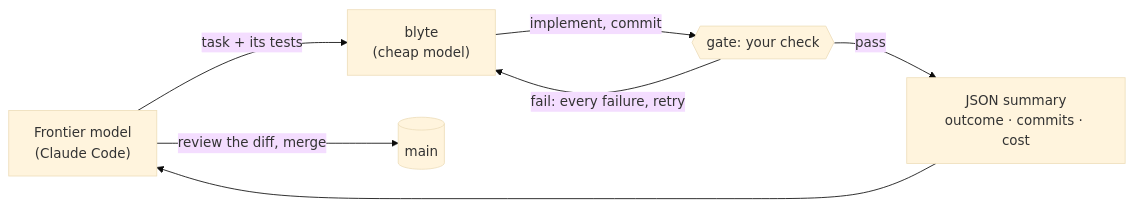
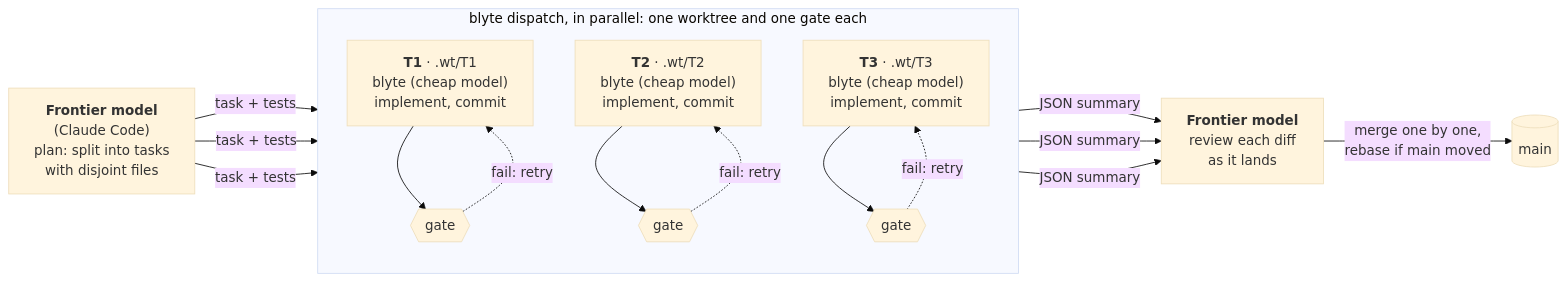
The diagram in README.md (dnf0/blyte), drawn with Mermaid (base theme) before and after one commit. The commit also changed 2 other files, not shown here.

Commit message:
docs: diagrams show parallel dispatch: one plan, parallel worktrees and gates, ordered merge

````diff
--- a/README.md
+++ b/README.md
@@ -20,9 +20,20 @@
 ```mermaid
 flowchart LR
-    F["Frontier model<br/>(Claude Code)"] -- "task + its tests" --> B["blyte<br/>(cheap model)"]
-    B -- "implement, commit" --> G{{"gate: your check"}}
-    G -- "fail: every failure, retry" --> B
-    G -- pass --> R["JSON summary<br/>outcome · commits · cost"]
-    R --> F
-    F -- "review the diff, merge" --> M[("main")]
+    P["<b>Frontier model</b><br/>(Claude Code)<br/>plan: split into tasks<br/>with disjoint files"]
+    subgraph par ["blyte dispatch, in parallel: one worktree and one gate each"]
+        direction TB
+        T1["<b>T1</b> · .wt/T1<br/>blyte (cheap model)<br/>implement, commit"] --> G1{{"gate"}}
+        T2["<b>T2</b> · .wt/T2<br/>blyte (cheap model)<br/>implement, commit"] --> G2{{"gate"}}
+        T3["<b>T3</b> · .wt/T3<br/>blyte (cheap model)<br/>implement, commit"] --> G3{{"gate"}}
+        G1 -. "fail: retry" .-> T1
+        G2 -. "fail: retry" .-> T2
+        G3 -. "fail: retry" .-> T3
+    end
+    P -- "task + tests" --> T1
+    P -- "task + tests" --> T2
+    P -- "task + tests" --> T3
+    G1 -- "JSON summary" --> R["<b>Frontier model</b><br/>review each diff<br/>as it lands"]
+    G2 -- "JSON summary" --> R
+    G3 -- "JSON summary" --> R
+    R -- "merge one by one,<br/>rebase if main moved" --> M[("main")]
 ```
````
